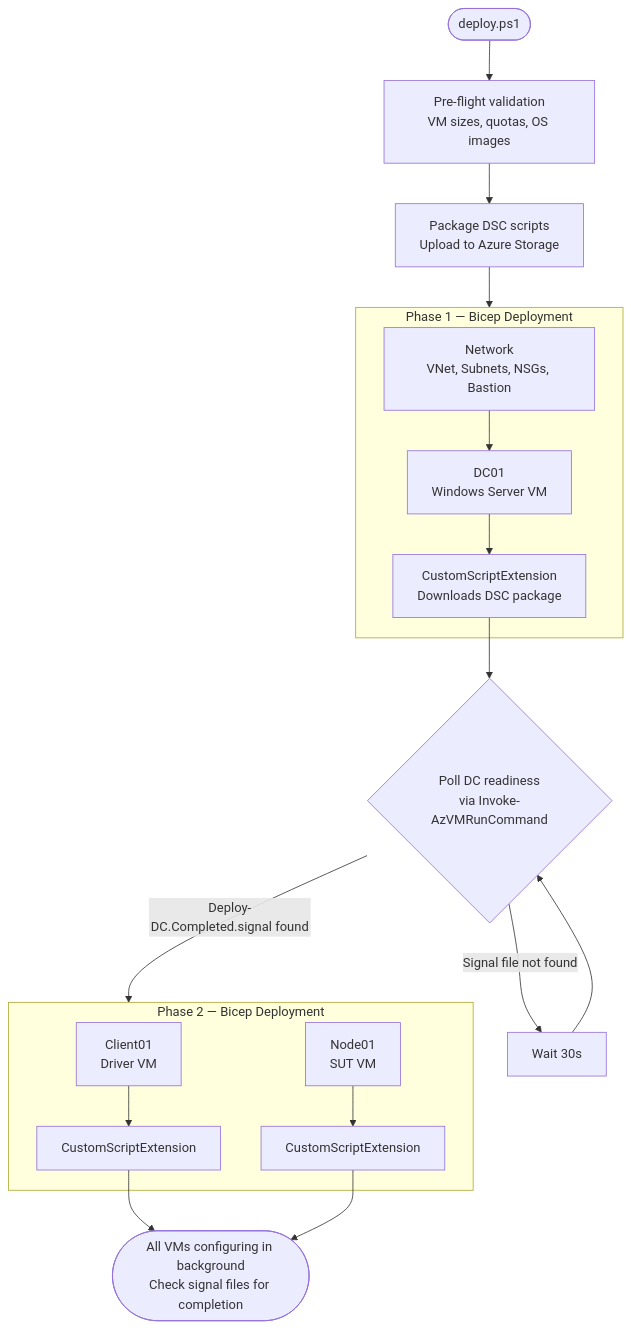
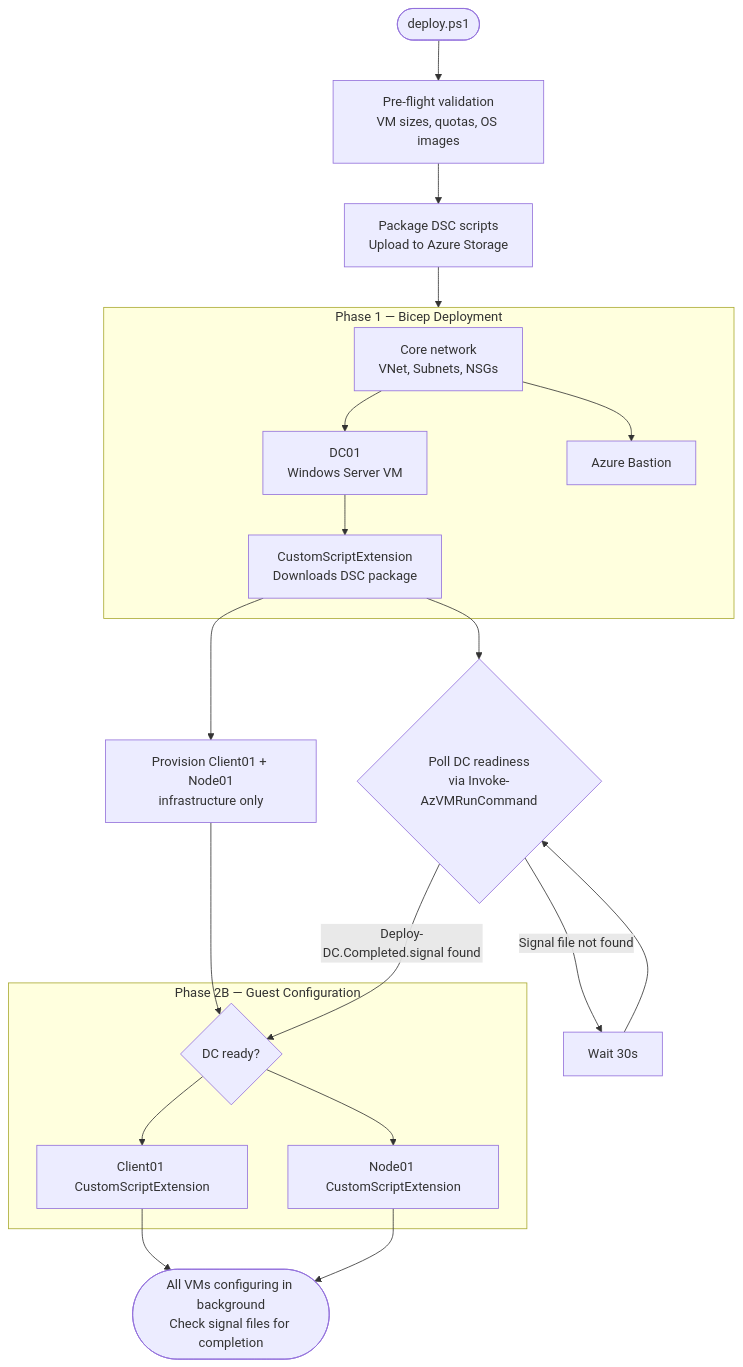
The first of 4 diagrams in TestSuites/FileServer/azure-automation/README.md (microsoft/WindowsProtocolTestSuites), drawn with Mermaid before and after one commit. The commit also changed other lines of this file and 49 other files, not shown here.

First line of the commit message:
Merged PR 16223322: Add Deploy-to-Azure buttons for FileServer Domain + Workgroup environments

````diff
--- a/TestSuites/FileServer/azure-automation/README.md
+++ b/TestSuites/FileServer/azure-automation/README.md
@@ -90,24 +90,27 @@
 ```mermaid
 flowchart TB
     start([deploy.ps1]) --> preflight[Pre-flight validation<br/>VM sizes, quotas, OS images]
     preflight --> upload[Package DSC scripts<br/>Upload to Azure Storage]
 
     upload --> phase1
 
     subgraph phase1 [Phase 1 — Bicep Deployment]
-        net[Network<br/>VNet, Subnets, NSGs, Bastion] --> dc[DC01<br/>Windows Server VM]
+        net[Core network<br/>VNet, Subnets, NSGs] --> dc[DC01<br/>Windows Server VM]
+        net --> bastion[Azure Bastion]
         dc --> ext_dc[CustomScriptExtension<br/>Downloads DSC package]
     end
 
+    ext_dc --> members[Provision Client01 + Node01<br/>infrastructure only]
     ext_dc --> poll{Poll DC readiness<br/>via Invoke-AzVMRunCommand}
     poll -- Signal file not found --> wait[Wait 30s] --> poll
-    poll -- Deploy-DC.Completed.signal found --> phase2
+    members --> gate{DC ready?}
+    poll -- Deploy-DC.Completed.signal found --> gate
 
-    subgraph phase2 [Phase 2 — Bicep Deployment]
-        driver[Client01<br/>Driver VM] --> ext_driver[CustomScriptExtension]
-        sut[Node01<br/>SUT VM] --> ext_sut[CustomScriptExtension]
+    subgraph phase2 [Phase 2B — Guest Configuration]
+        gate --> ext_driver[Client01 CustomScriptExtension]
+        gate --> ext_sut[Node01 CustomScriptExtension]
     end
 
     ext_driver --> done([All VMs configuring in background<br/>Check signal files for completion])
     ext_sut --> done
 ```
````
